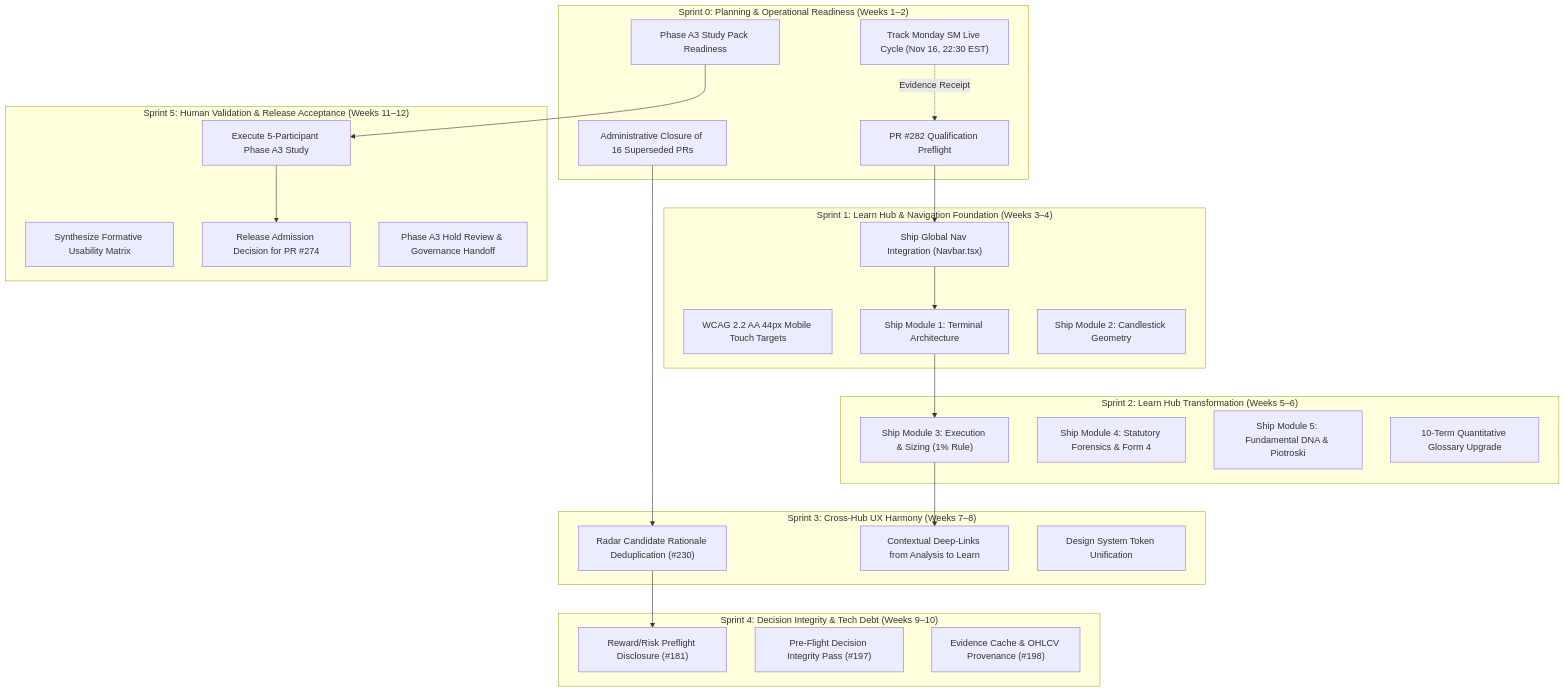
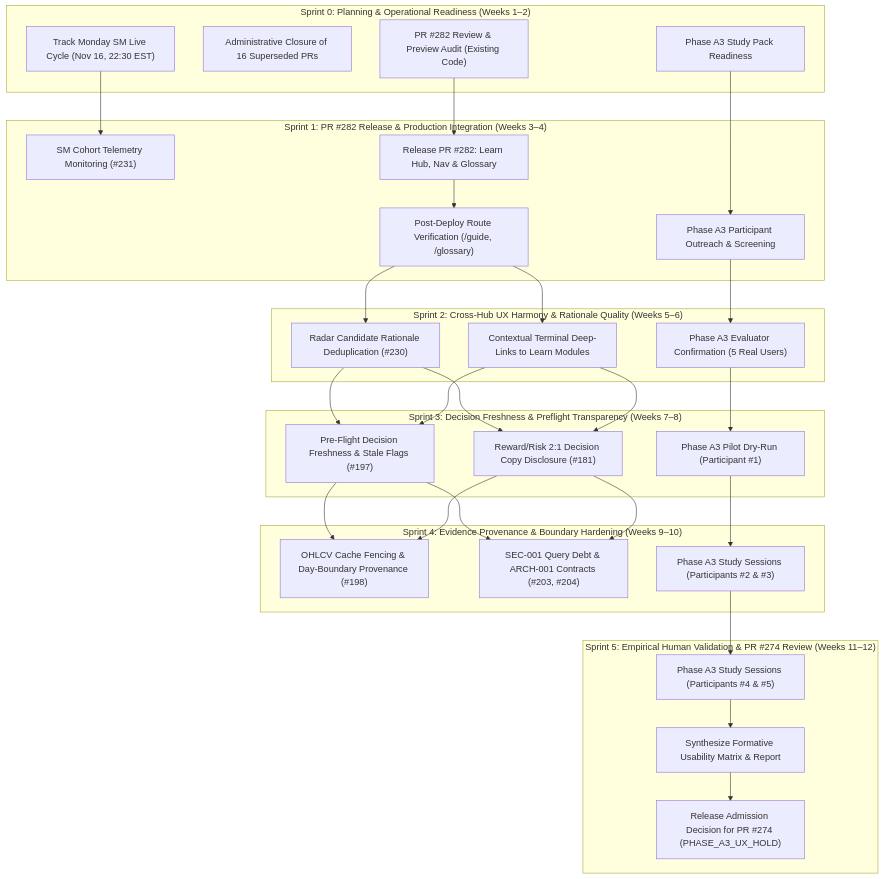
The diagram in docs/planning/ARX_CANONICAL_SPRINT_ROADMAP_2026_11_14.md (daakara/finance), drawn with Mermaid before and after one commit. The commit also changed other lines of this file and 1 other file, not shown here.

Commit message:
docs(planning): ARX-BRAIN-SPRINT-026 delta-only roadmap reconciliation and non-duplicative sprint backlog

````diff
--- a/docs/planning/ARX_CANONICAL_SPRINT_ROADMAP_2026_11_14.md
+++ b/docs/planning/ARX_CANONICAL_SPRINT_ROADMAP_2026_11_14.md
@@ -81,52 +83,62 @@
 ```mermaid
 flowchart TD
     subgraph S0["Sprint 0: Planning & Operational Readiness (Weeks 1–2)"]
         S0_1["Track Monday SM Live Cycle (Nov 16, 22:30 EST)"]
         S0_2["Administrative Closure of 16 Superseded PRs"]
         S0_3["Phase A3 Study Pack Readiness"]
-        S0_4["PR #282 Qualification Preflight"]
+        S0_4["PR #282 Review & Preview Audit (Existing Code)"]
     end
 
-    subgraph S1["Sprint 1: Learn Hub & Navigation Foundation (Weeks 3–4)"]
-        S1_1["Ship Global Nav Integration (Navbar.tsx)"]
-        S1_2["WCAG 2.2 AA 44px Mobile Touch Targets"]
-        S1_3["Ship Module 1: Terminal Architecture"]
-        S1_4["Ship Module 2: Candlestick Geometry"]
+    subgraph S1["Sprint 1: PR #282 Release & Production Integration (Weeks 3–4)"]
+        S1_Ops["SM Cohort Telemetry Monitoring (#231)"]
+        S1_1["Release PR #282: Learn Hub, Nav & Glossary"]
+        S1_2["Post-Deploy Route Verification (/guide, /glossary)"]
+        S1_3["Phase A3 Participant Outreach & Screening"]
     end
 
-    subgraph S2["Sprint 2: Learn Hub Transformation (Weeks 5–6)"]
-        S2_1["Ship Module 3: Execution & Sizing (1% Rule)"]
-        S2_2["Ship Module 4: Statutory Forensics & Form 4"]
-        S2_3["Ship Module 5: Fundamental DNA & Piotroski"]
-        S2_4["10-Term Quantitative Glossary Upgrade"]
+    subgraph S2["Sprint 2: Cross-Hub UX Harmony & Rationale Quality (Weeks 5–6)"]
+        S2_1["Radar Candidate Rationale Deduplication (#230)"]
+        S2_2["Contextual Terminal Deep-Links to Learn Modules"]
+        S2_3["Phase A3 Evaluator Confirmation (5 Real Users)"]
     end
 
-    subgraph S3["Sprint 3: Cross-Hub UX Harmony (Weeks 7–8)"]
-        S3_1["Radar Candidate Rationale Deduplication (#230)"]
-        S3_2["Contextual Deep-Links from Analysis to Learn"]
-        S3_3["Design System Token Unification"]
+    subgraph S3["Sprint 3: Decision Freshness & Preflight Transparency (Weeks 7–8)"]
+        S3_1["Pre-Flight Decision Freshness & Stale Flags (#197)"]
+        S3_2["Reward/Risk 2:1 Decision Copy Disclosure (#181)"]
+        S3_3["Phase A3 Pilot Dry-Run (Participant #1)"]
     end
 
-    subgraph S4["Sprint 4: Decision Integrity & Tech Debt (Weeks 9–10)"]
-        S4_1["Reward/Risk Preflight Disclosure (#181)"]
-        S4_2["Pre-Flight Decision Integrity Pass (#197)"]
-        S4_3["Evidence Cache & OHLCV Provenance (#198)"]
+    subgraph S4["Sprint 4: Evidence Provenance & Boundary Hardening (Weeks 9–10)"]
+        S4_1["OHLCV Cache Fencing & Day-Boundary Provenance (#198)"]
+        S4_2["SEC-001 Query Debt & ARCH-001 Contracts (#203, #204)"]
+        S4_3["Phase A3 Study Sessions (Participants #2 & #3)"]
     end
 
-    subgraph S5["Sprint 5: Human Validation & Release Acceptance (Weeks 11–12)"]
-        S5_1["Execute 5-Participant Phase A3 Study"]
-        S5_2["Synthesize Formative Usability Matrix"]
-        S5_3["Release Admission Decision for PR #274"]
-        S5_4["Phase A3 Hold Review & Governance Handoff"]
+    subgraph S5["Sprint 5: Empirical Human Validation & PR #274 Review (Weeks 11–12)"]
+        S5_1["Phase A3 Study Sessions (Participants #4 & #5)"]
+        S5_2["Synthesize Formative Usability Matrix & Report"]
+        S5_3["Release Admission Decision for PR #274 (PHASE_A3_UX_HOLD)"]
     end
 
-    S0_1 -.->|"Evidence Receipt"| S0_4
+    %% Operational Lane (Isolated)
+    S0_1 --> S1_Ops
+
+    %% Product & Engineering Lane (Decoupled from SM)
     S0_4 --> S1_1
-    S1_1 --> S1_3
-    S1_3 --> S2_1
-    S2_1 --> S3_2
-    S0_2 --> S3_1
-    S3_1 --> S4_1
-    S0_3 --> S5_1
-    S5_1 --> S5_3
+    S1_1 --> S1_2
+    S1_2 --> S2_1
+    S1_2 --> S2_2
+    S2_1 & S2_2 --> S3_1
+    S2_1 & S2_2 --> S3_2
+    S3_1 & S3_2 --> S4_1
+    S3_1 & S3_2 --> S4_2
+
+    %% Research & Validation Lane (Conditional on Real Humans)
+    S0_3 --> S1_3
+    S1_3 --> S2_3
+    S2_3 --> S3_3
+    S3_3 --> S4_3
+    S4_3 --> S5_1
+    S5_1 --> S5_2
+    S5_2 --> S5_3
 ```
````
